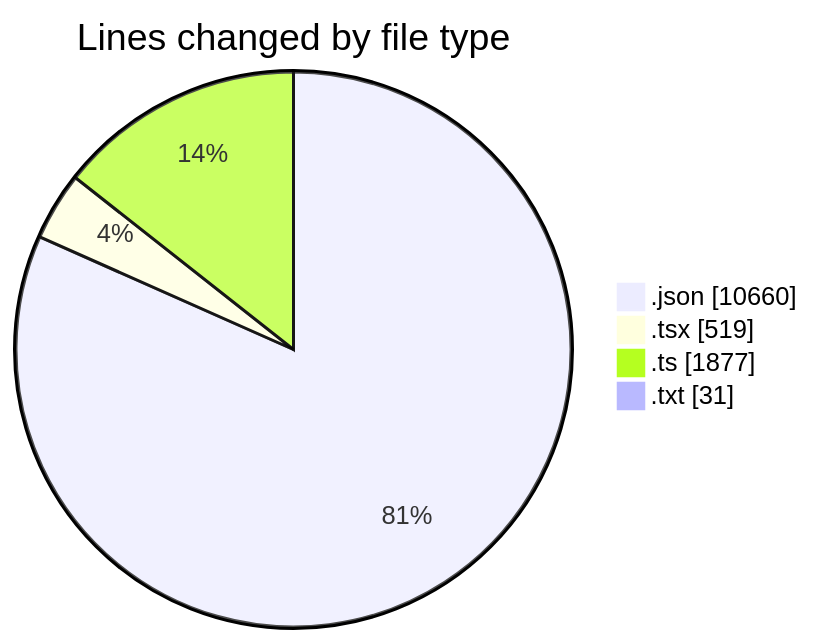
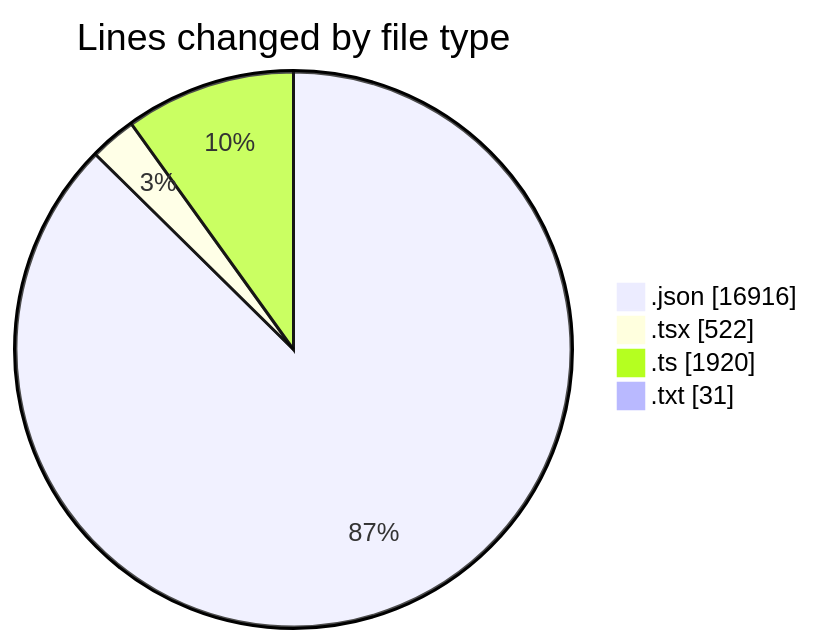
Before and after one commit to CELIANVF/code-tracking: the first of 2 diagrams in 2025-05-26/ecodeli-1/README.md, drawn with Mermaid. The commit also changed other lines of this file and 1 other file, not shown here.

````diff
--- a/2025-05-26/ecodeli-1/README.md
+++ b/2025-05-26/ecodeli-1/README.md
@@ -27,8 +27,8 @@
 ```mermaid
 pie showData
 title Lines changed by file type
-".json" : 10660
-".tsx" : 519
-".ts" : 1877
+".json" : 16916
+".tsx" : 522
+".ts" : 1920
 ".txt" : 31
 ```
````
